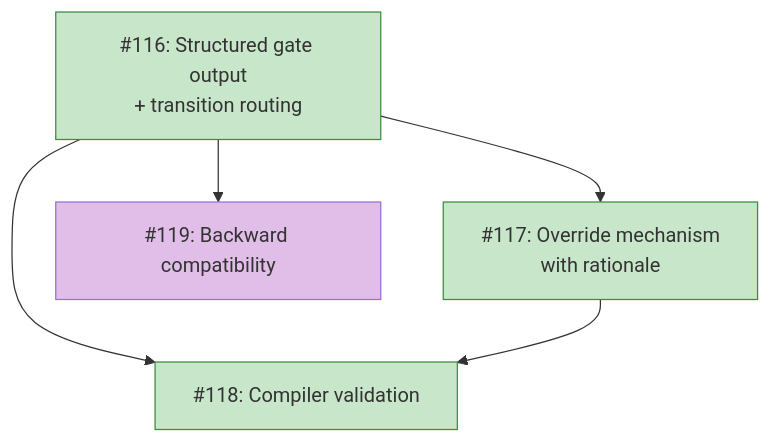
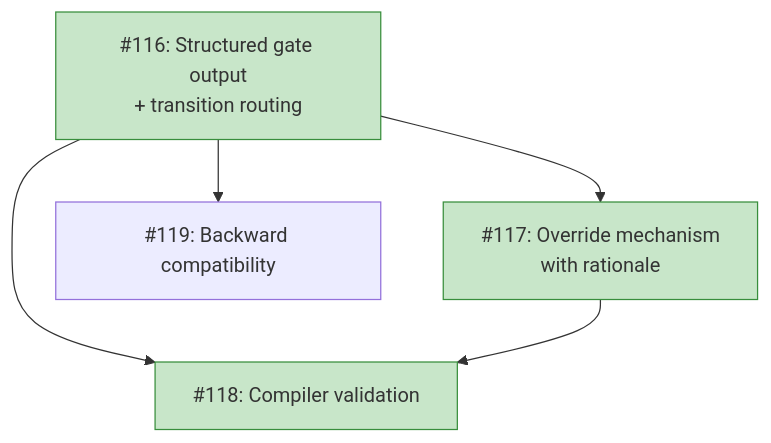
Before and after one commit to tsukumogami/koto: the diagram in docs/roadmaps/ROADMAP-gate-transition-contract.md, drawn with Mermaid. The commit also changed other lines of this file, not shown here.

Commit message:
docs(roadmap): update Feature 4 status to Planned, link design and plan docs

````diff
--- a/docs/roadmaps/ROADMAP-gate-transition-contract.md
+++ b/docs/roadmaps/ROADMAP-gate-transition-contract.md
@@ -176,17 +175,17 @@
 ```mermaid
 graph TD
     I116["#116: Structured gate output<br/>+ transition routing"]
     I117["#117: Override mechanism<br/>with rationale"]
     I118["#118: Compiler validation"]
     I119["#119: Backward compatibility"]
 
     I116 --> I117
     I116 --> I118
     I117 --> I118
     I116 --> I119
 
     classDef needsDesign fill:#e1bee7
     classDef done fill:#c8e6c9,stroke:#388e3c
-    class I119 needsDesign
+    class I119 ready
     class I116,I117,I118 done
 ```
````
